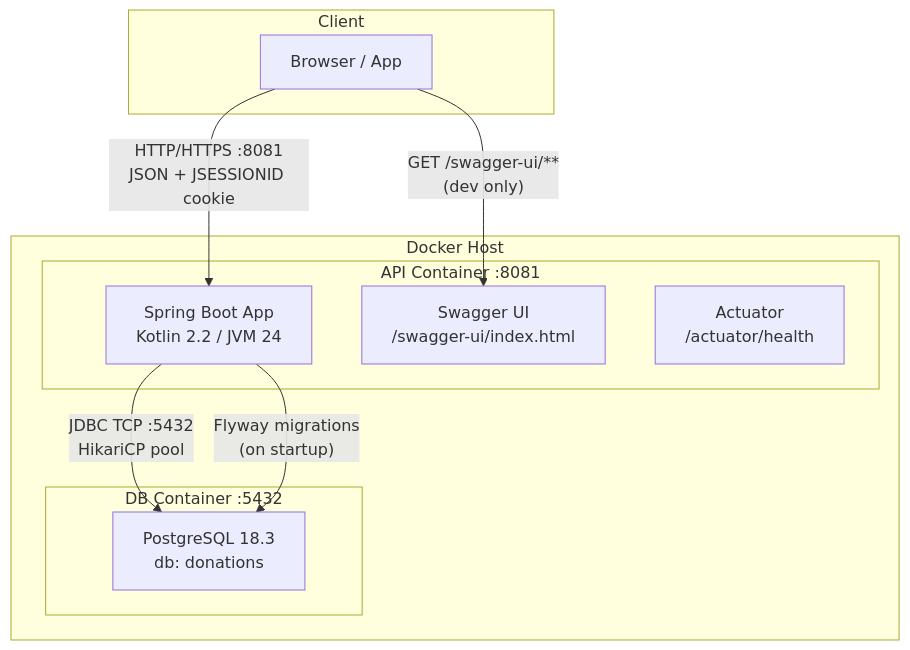
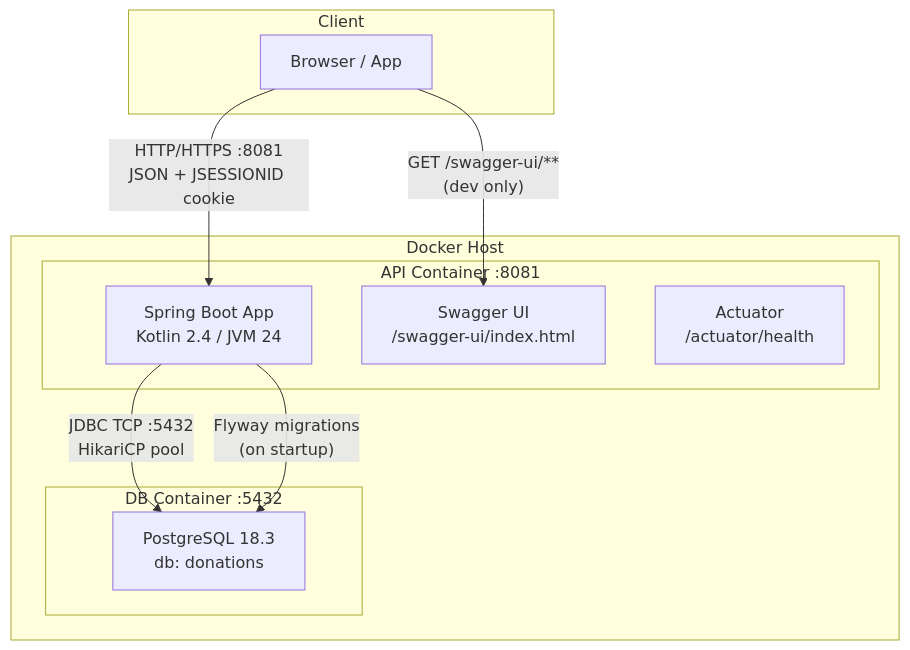
The first of 12 diagrams in docs/architecture.md (jorgetroya80/donations-api), drawn with Mermaid before and after one commit. The commit also changed other lines of this file and 5 other files, not shown here.

````diff
--- a/docs/architecture.md
+++ b/docs/architecture.md
@@ -60,23 +60,23 @@
 ```mermaid
 graph TB
     subgraph "Client"
         B[Browser / App]
     end
 
     subgraph "Docker Host"
         subgraph "API Container  :8081"
-            APP[Spring Boot App<br/>Kotlin 2.2 / JVM 24]
+            APP[Spring Boot App<br/>Kotlin 2.4 / JVM 24]
             SW[Swagger UI<br/>/swagger-ui/index.html]
             ACT[Actuator<br/>/actuator/health]
         end
 
         subgraph "DB Container  :5432"
             PG[PostgreSQL 18.3<br/>db: donations]
         end
     end
 
     B -->|"HTTP/HTTPS :8081<br/>JSON + JSESSIONID cookie"| APP
     B -->|"GET /swagger-ui/**<br/>(dev only)"| SW
     APP -->|"JDBC TCP :5432<br/>HikariCP pool"| PG
     APP -->|"Flyway migrations<br/>(on startup)"| PG
 ```
````
